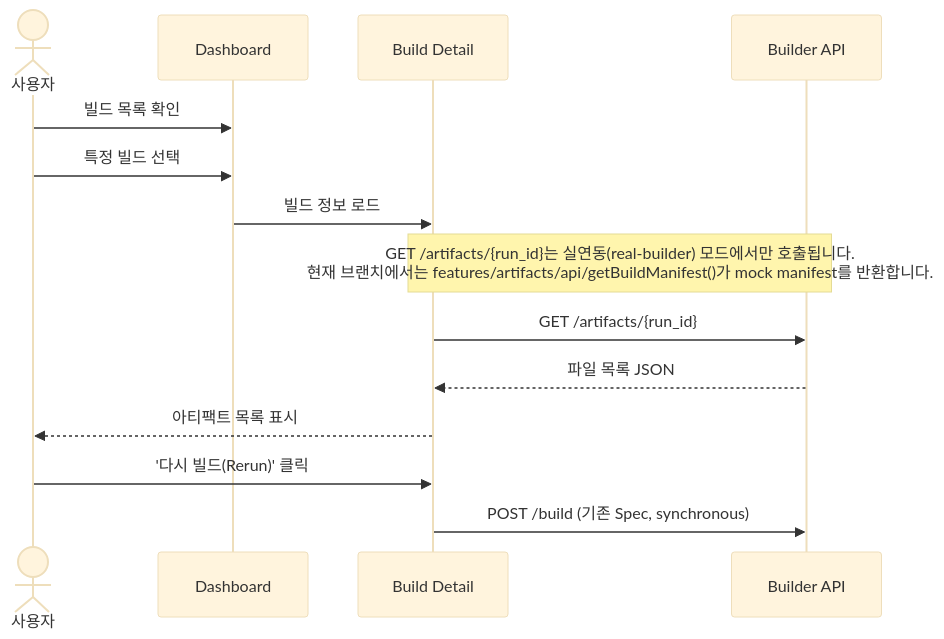
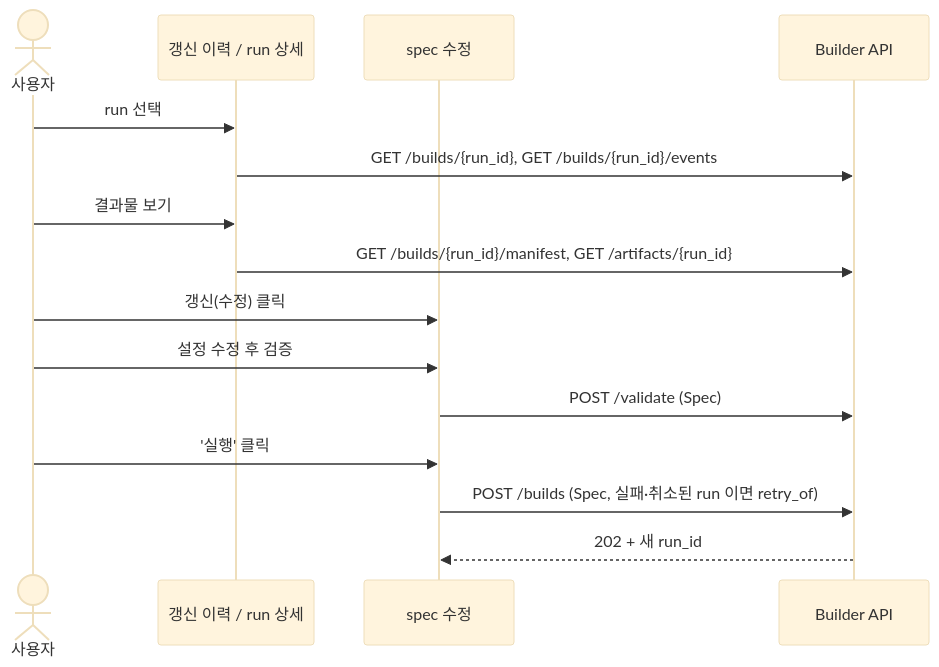
Before and after one commit to kpubdata-lab/kpubdata-studio: the second of 7 diagrams in USER_FLOWS.md, drawn with Mermaid (base theme). The commit also changed other lines of this file and 9 other files, not shown here.

````diff
--- a/USER_FLOWS.md
+++ b/USER_FLOWS.md
@@ -78,17 +73,18 @@
 ```mermaid
 sequenceDiagram
     actor User as 사용자
-    participant Dash as Dashboard
-    participant Detail as Build Detail
+    participant List as 갱신 이력 / run 상세
+    participant Edit as spec 수정
     participant BAPI as Builder API
 
-    User->>Dash: 빌드 목록 확인
-    User->>Dash: 특정 빌드 선택
-    Dash->>Detail: 빌드 정보 로드
-    Note over Detail,BAPI: GET /artifacts/{run_id}는 실연동(real-builder) 모드에서만 호출됩니다.<br/>현재 브랜치에서는 features/artifacts/api/getBuildManifest()가 mock manifest를 반환합니다.
-    Detail->>BAPI: GET /artifacts/{run_id}
-    BAPI-->>Detail: 파일 목록 JSON
-    Detail-->>User: 아티팩트 목록 표시
-    User->>Detail: '다시 빌드(Rerun)' 클릭
-    Detail->>BAPI: POST /build (기존 Spec, synchronous)
+    User->>List: run 선택
+    List->>BAPI: GET /builds/{run_id}, GET /builds/{run_id}/events
+    User->>List: 결과물 보기
+    List->>BAPI: GET /builds/{run_id}/manifest, GET /artifacts/{run_id}
+    User->>Edit: 갱신(수정) 클릭
+    User->>Edit: 설정 수정 후 검증
+    Edit->>BAPI: POST /validate (Spec)
+    User->>Edit: '실행' 클릭
+    Edit->>BAPI: POST /builds (Spec, 실패·취소된 run 이면 retry_of)
+    BAPI-->>Edit: 202 + 새 run_id
 ```
````
